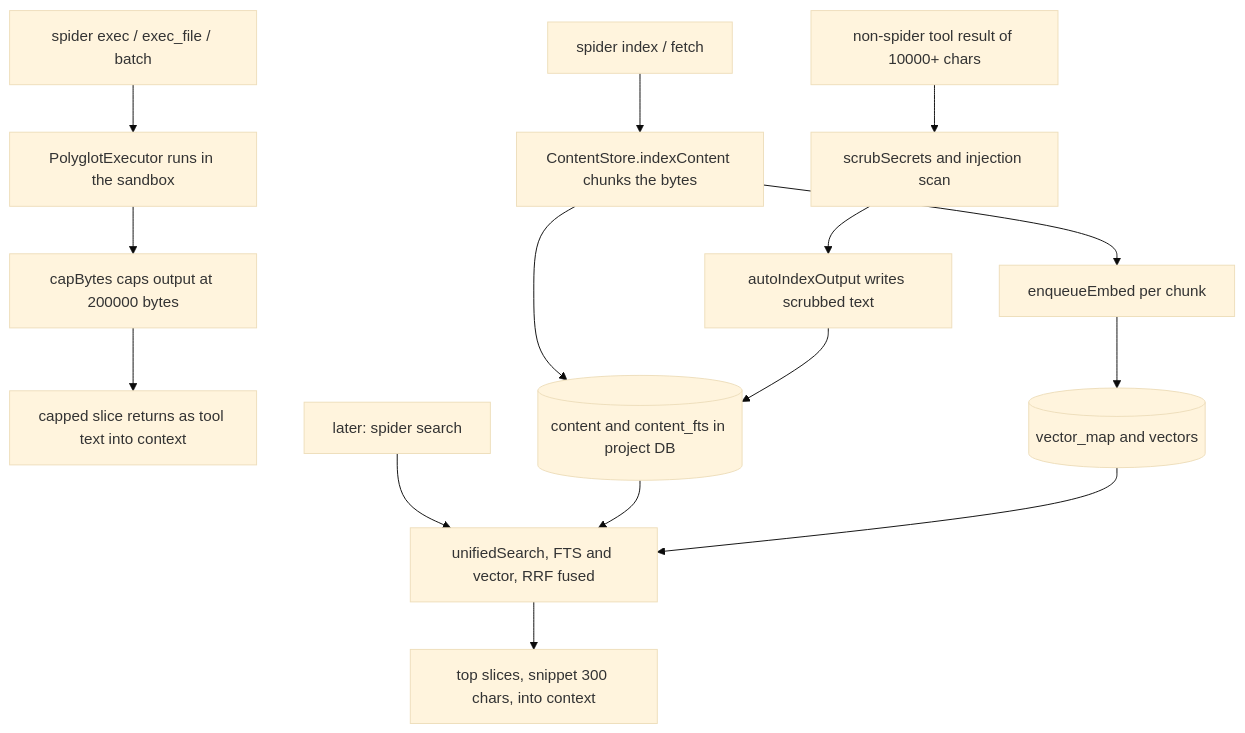
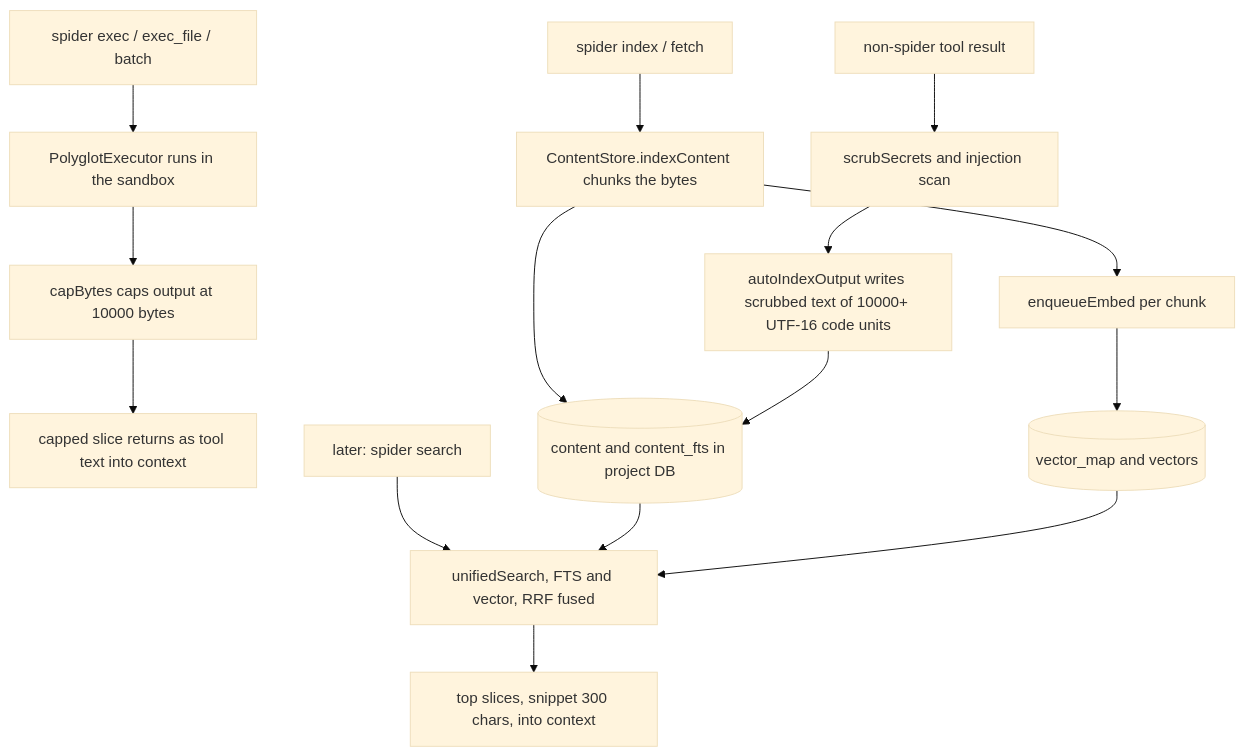
The first of 5 diagrams in docs/architecture/feedback-and-learning-loops.md (guru-irl/spider), drawn with Mermaid (base theme) before and after one commit. The commit also changed other lines of this file and 13 other files, not shown here.

````diff
--- a/docs/architecture/feedback-and-learning-loops.md
+++ b/docs/architecture/feedback-and-learning-loops.md
@@ -95,20 +94,20 @@
 ```mermaid
 flowchart TD
   A["spider exec / exec_file / batch"] --> S["PolyglotExecutor runs in the sandbox"]
-  S --> CAP["capBytes caps output at 200000 bytes"]
+  S --> CAP["capBytes caps output at 10000 bytes"]
   CAP --> CTX1["capped slice returns as tool text into context"]
 
   B["spider index / fetch"] --> CS["ContentStore.indexContent chunks the bytes"]
   CS --> DBC[("content and content_fts in project DB")]
   CS --> EQ["enqueueEmbed per chunk"]
   EQ --> VM[("vector_map and vectors")]
 
-  T["non-spider tool result of 10000+ chars"] --> SCRUB["scrubSecrets and injection scan"]
-  SCRUB --> AI["autoIndexOutput writes scrubbed text"]
+  T["non-spider tool result"] --> SCRUB["scrubSecrets and injection scan"]
+  SCRUB --> AI["autoIndexOutput writes scrubbed text of 10000+ UTF-16 code units"]
   AI --> DBC
 
   Q["later: spider search"] --> US["unifiedSearch, FTS and vector, RRF fused"]
   DBC --> US
   VM --> US
   US --> CTX2["top slices, snippet 300 chars, into context"]
 ```
````
